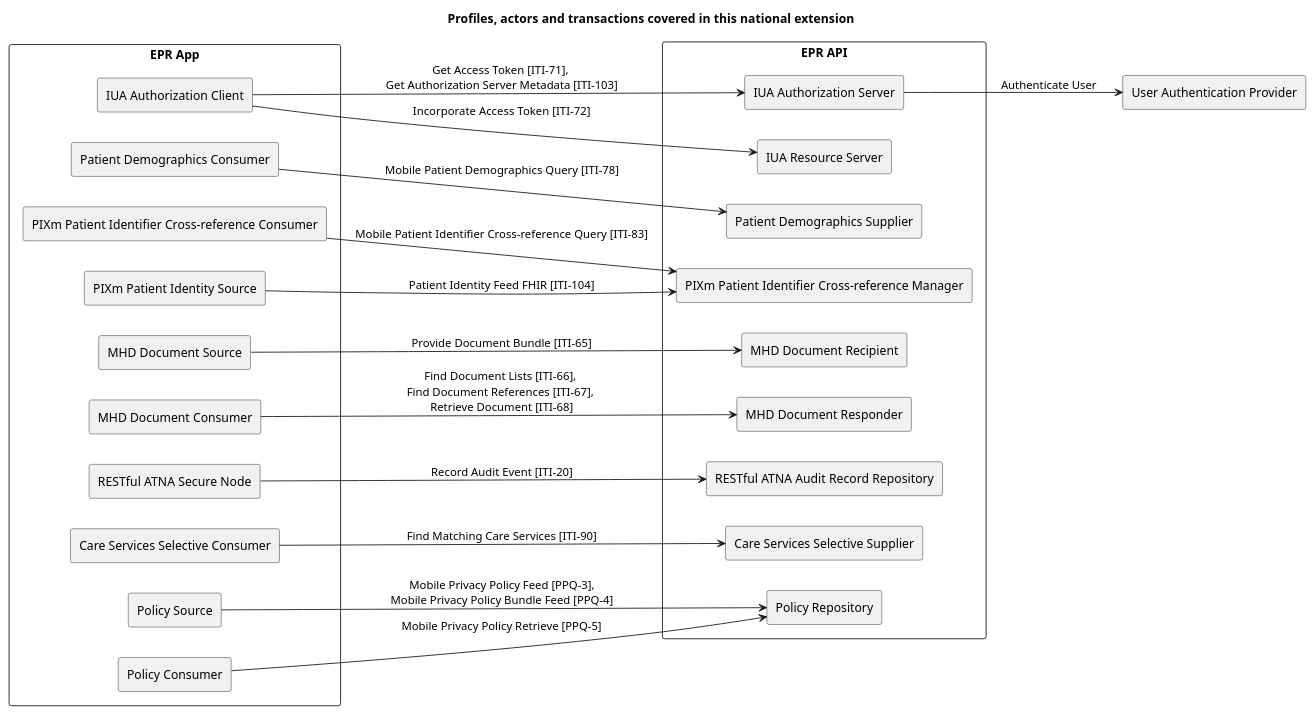
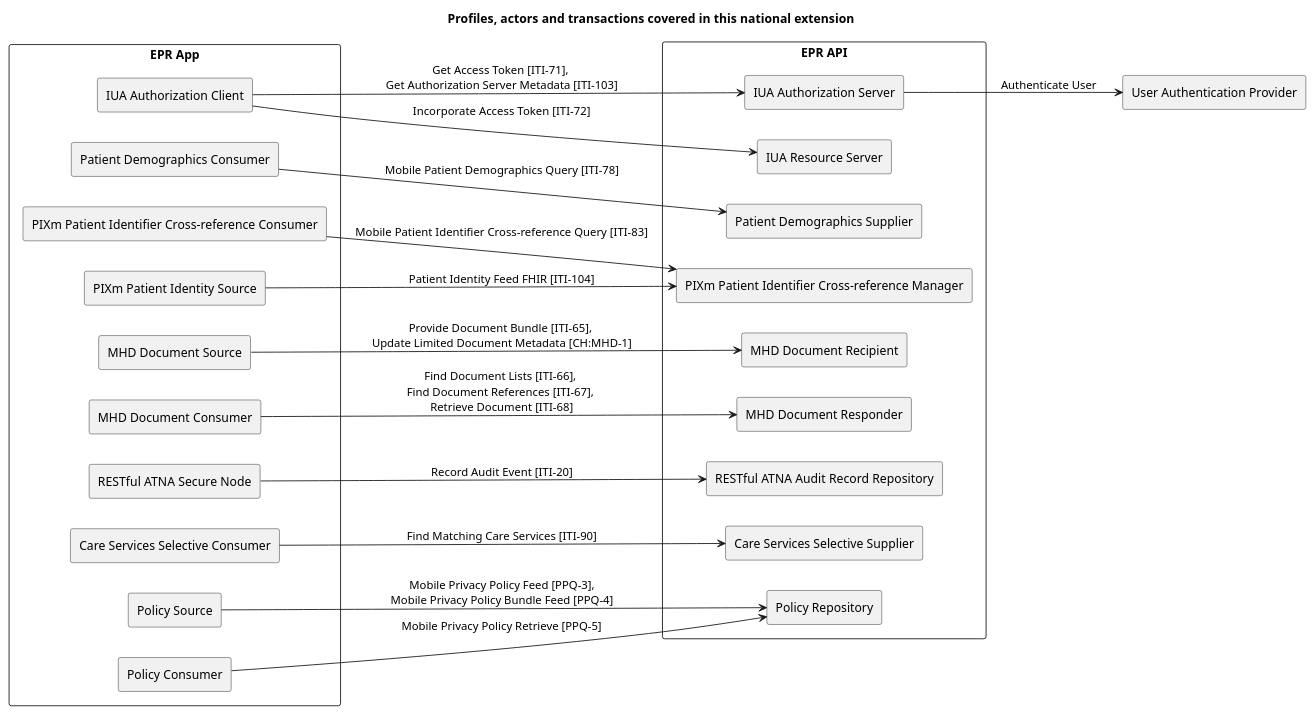
One commit to ehealthsuisse/ch-epr-fhir changed the diagram in input/images-source/overview.plantuml. Above: the diagram before and after it, drawn with PlantUML. The commit also changed 8 other files, not shown here.

```diff
--- a/input/images-source/overview.plantuml
+++ b/input/images-source/overview.plantuml
@@ -1,62 +1,62 @@
 @startuml
 
 title **Profiles, actors and transactions covered in this national extension**
 
 skinparam componentStyle rectangle
 skinparam svgDimensionStyle false
 
 left to right direction
 
 component "EPR App" {
   [IUA Authorization Client] as IUAClient
 
   [Patient Demographics Consumer] as PDQmConsumer
 
   [PIXm Patient Identifier Cross-reference Consumer] as PIXmConsumer
   [PIXm Patient Identity Source] as PIXmSource
 
   [MHD Document Source] as MHDSource
   [MHD Document Consumer] as MHDConsumer
 
   [RESTful ATNA Secure Node] as ATNANode
 
   [Care Services Selective Consumer] as mCSDSelectiveConsumer
 
   [Policy Source] as PPQmPolicySource
   [Policy Consumer] as PPQmPolicyConsumer
 }
 
 component "EPR API" {
   [IUA Authorization Server] as IUAAuthServer
   IUAClient -> IUAAuthServer : Get Access Token [ITI-71], \nGet Authorization Server Metadata [ITI-103]
   [IUA Resource Server] as IUAResourceServer
   IUAClient --> IUAResourceServer : Incorporate Access Token [ITI-72]
 
   [Patient Demographics Supplier] as PDQmSupplier
   PDQmConsumer --> PDQmSupplier : Mobile Patient Demographics Query [ITI-78]
 
   [PIXm Patient Identifier Cross-reference Manager] as PIXmManager
   PIXmConsumer --> PIXmManager : Mobile Patient Identifier Cross-reference Query [ITI-83]
   PIXmSource --> PIXmManager : Patient Identity Feed FHIR [ITI-104]
 
   [MHD Document Recipient] as MHDRecipient
-  MHDSource --> MHDRecipient : Provide Document Bundle [ITI-65]
+  MHDSource --> MHDRecipient : Provide Document Bundle [ITI-65], \nUpdate Limited Document Metadata [CH:MHD-1]
 
   [MHD Document Responder] as MHDResponder
   MHDConsumer --> MHDResponder : Find Document Lists [ITI-66], \nFind Document References [ITI-67], \nRetrieve Document [ITI-68] 
 
   [RESTful ATNA Audit Record Repository] as ATNARepository
   ATNANode --> ATNARepository : Record Audit Event [ITI-20]
 
   [Care Services Selective Supplier] as mCSDSelectiveSupplier
   mCSDSelectiveConsumer --> mCSDSelectiveSupplier : Find Matching Care Services [ITI-90]
 
   [Policy Repository] as PPQmPolicyRepository
   PPQmPolicySource --> PPQmPolicyRepository : Mobile Privacy Policy Feed [PPQ-3],\nMobile Privacy Policy Bundle Feed [PPQ-4]
   PPQmPolicyConsumer --> PPQmPolicyRepository : Mobile Privacy Policy Retrieve [PPQ-5]
 }
 
 [User Authentication Provider] as UAProvider
 IUAAuthServer --> UAProvider : Authenticate User
 
 @enduml
```
